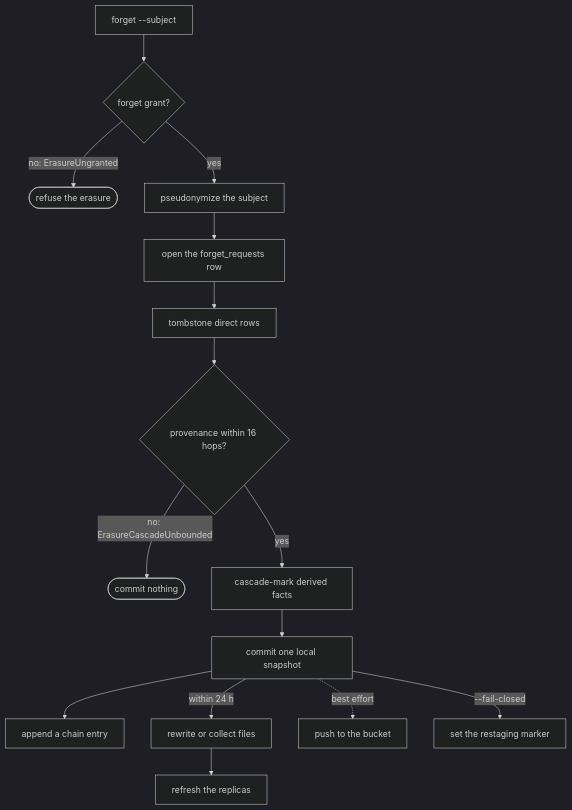
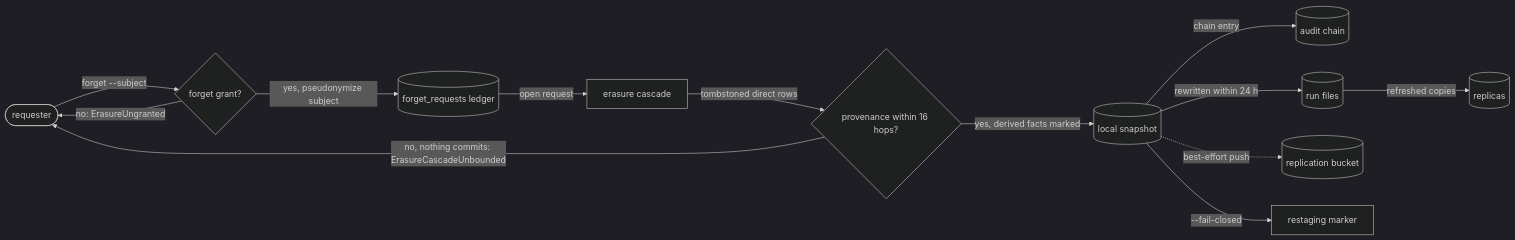
Before and after one commit to fractalboxdev/contextful: the third of 5 diagrams in spec/62-accountability.md, drawn with Mermaid (dark theme). The commit also changed other lines of this file and 31 other files, not shown here.

First line of the commit message:
spec: every diagram draws things as nodes and what flows as labelled edges

````diff
--- a/spec/62-accountability.md
+++ b/spec/62-accountability.md
@@ -138,17 +133,15 @@
 ```mermaid
-flowchart TD
-  V["forget --subject"] --> G{"forget grant?"}
-  G -- "no: ErasureUngranted" --> E1(["refuse the erasure"])
-  G -- yes --> PS["pseudonymize the subject"]
-  PS --> L["open the forget_requests row"]
-  L --> T["tombstone direct rows"]
-  T --> C{"provenance within 16 hops?"}
-  C -- "no: ErasureCascadeUnbounded" --> E2(["commit nothing"])
-  C -- yes --> M["cascade-mark derived facts"]
-  M --> COMMIT["commit one local snapshot"]
-  COMMIT --> CH["append a chain entry"]
-  COMMIT -- "within 24 h" --> PHYS["rewrite or collect files"]
-  COMMIT -. "best effort" .-> PUSH["push to the bucket"]
-  COMMIT -- "--fail-closed" --> GATE["set the restaging marker"]
-  PHYS --> REP["refresh the replicas"]
+flowchart LR
+  REQ(["requester"]) -->|"forget --subject"| G{"forget grant?"}
+  G -->|"no: ErasureUngranted"| REQ
+  G -->|"yes, pseudonymize subject"| LEDGER[("forget_requests ledger")]
+  LEDGER -->|"open request"| CASC["erasure cascade"]
+  CASC -->|"tombstoned direct rows"| C{"provenance within 16 hops?"}
+  C -->|"no, nothing commits: ErasureCascadeUnbounded"| REQ
+  C -->|"yes, derived facts marked"| SNAP[("local snapshot")]
+  SNAP -->|"chain entry"| CHAINLOG[("audit chain")]
+  SNAP -->|"rewritten within 24 h"| FILES[("run files")]
+  SNAP -.->|"best-effort push"| BKT[("replication bucket")]
+  SNAP -->|"--fail-closed"| MARK["restaging marker"]
+  FILES -->|"refreshed copies"| REP[("replicas")]
 ```
````
